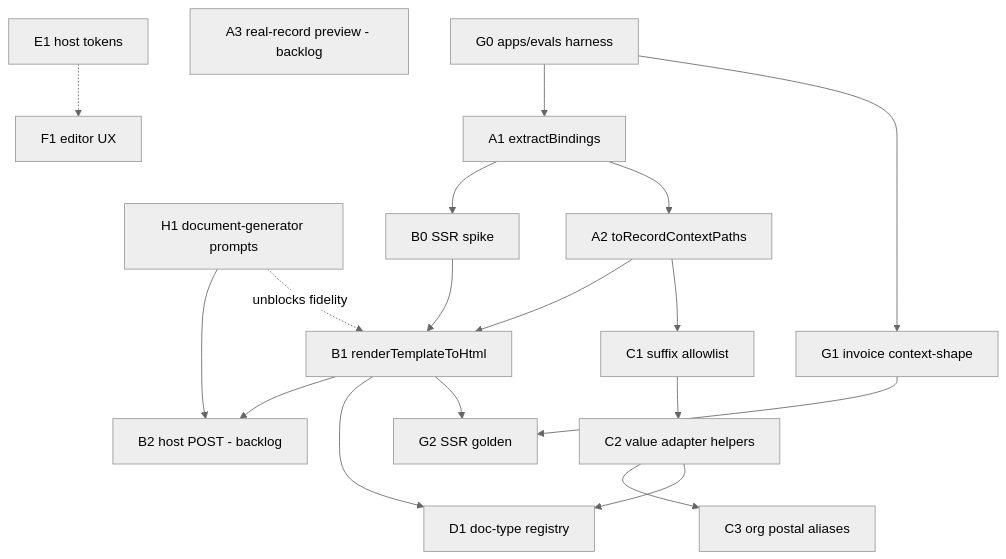
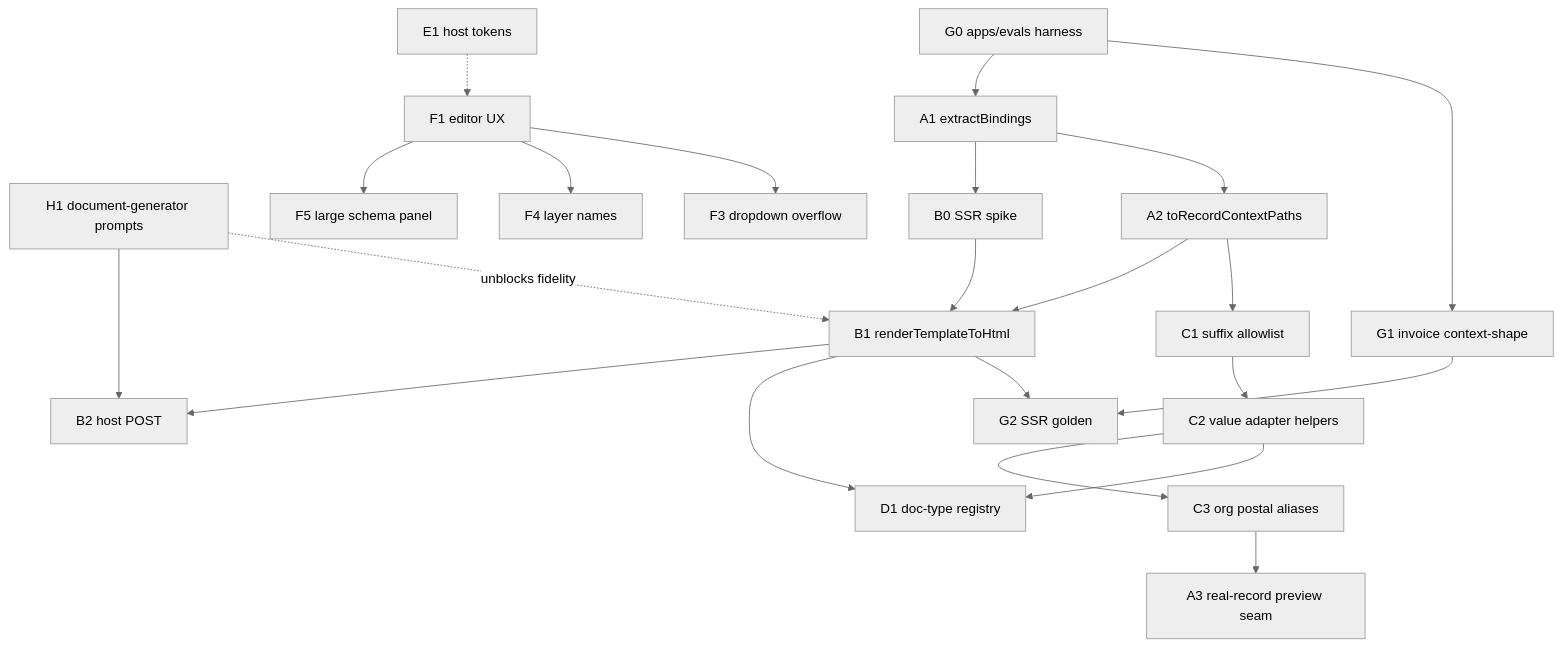
The diagram in docs/orchestration/tickets/README.md (Dannny-Babs/templara), drawn with Mermaid (neutral theme) before and after one commit. The commit also changed other lines of this file and 8 other files, not shown here.

````diff
--- a/docs/orchestration/tickets/README.md
+++ b/docs/orchestration/tickets/README.md
@@ -9,37 +9,44 @@
 ```mermaid
 flowchart TD
   H1[H1 document-generator prompts]
   G0[G0 apps/evals harness]
   G1[G1 invoice context-shape]
   A1[A1 extractBindings]
   A2[A2 toRecordContextPaths]
   C1[C1 suffix allowlist]
   C2[C2 value adapter helpers]
   B0[B0 SSR spike]
   B1[B1 renderTemplateToHtml]
   G2[G2 SSR golden]
-  A3[A3 real-record preview - backlog]
+  A3[A3 real-record preview seam]
   C3[C3 org postal aliases]
   D1[D1 doc-type registry]
   E1[E1 host tokens]
   F1[F1 editor UX]
-  B2[B2 host POST - backlog]
+  F3[F3 dropdown overflow]
+  F4[F4 layer names]
+  F5[F5 large schema panel]
+  B2[B2 host POST]
 
   G0 --> G1
   G0 --> A1
   A1 --> A2
   A2 --> C1
   C1 --> C2
   A1 --> B0
   B0 --> B1
   A2 --> B1
   G1 --> G2
   B1 --> G2
   H1 -.->|unblocks fidelity| B1
   B1 --> D1
   C2 --> D1
   C2 --> C3
+  C3 --> A3
   B1 --> B2
   H1 --> B2
   E1 -.-> F1
+  F1 --> F3
+  F1 --> F4
+  F1 --> F5
 ```
````
